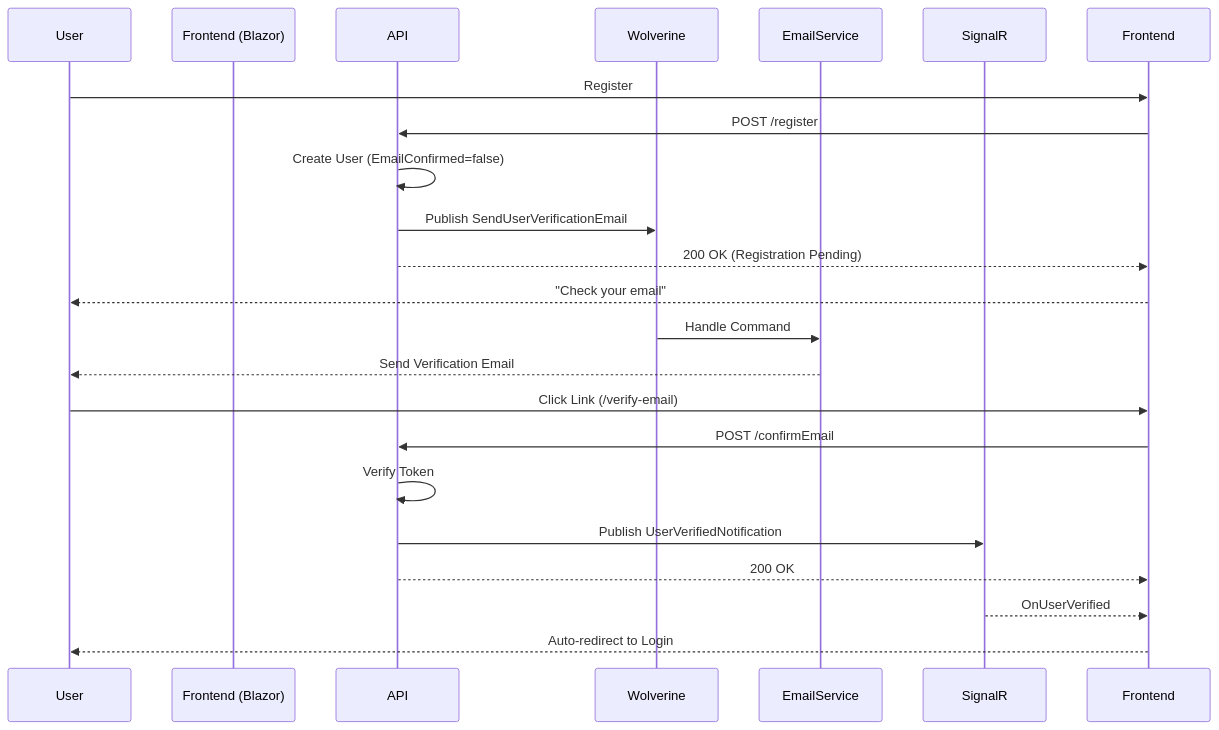
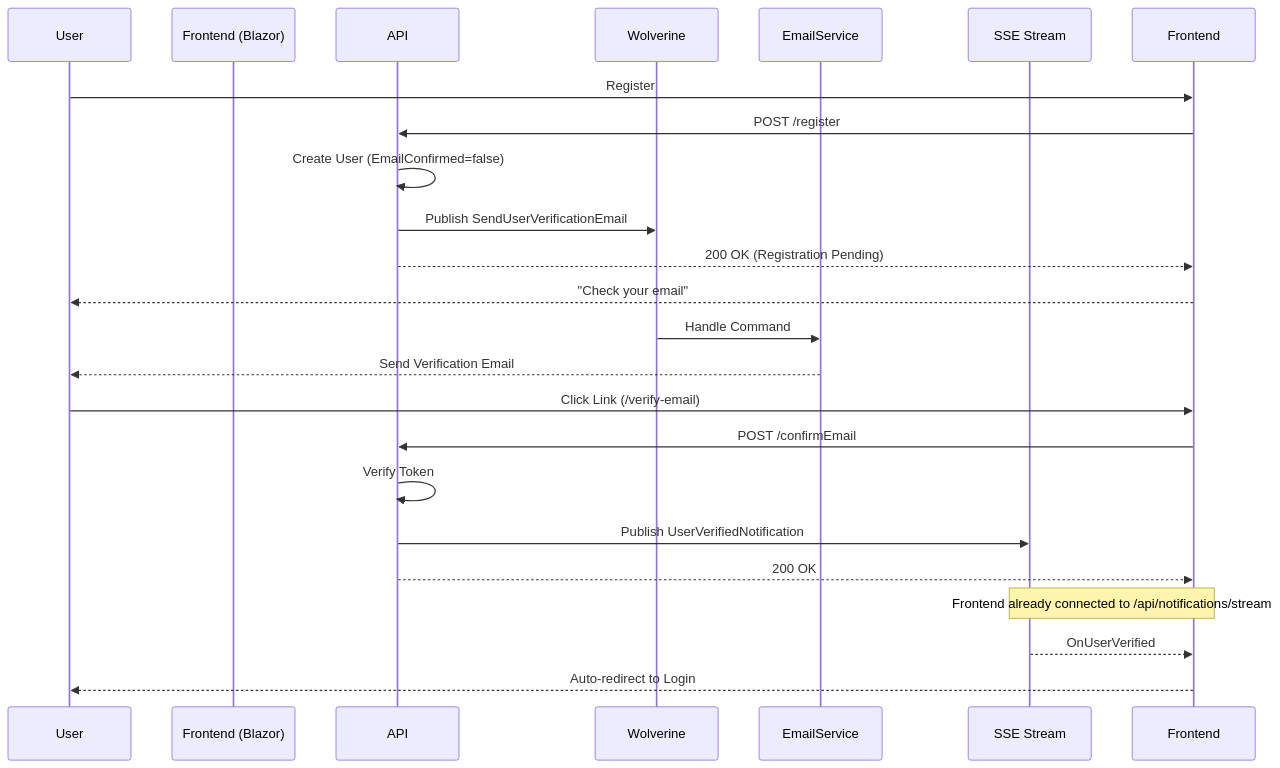
Before and after one commit to aalmada/BookStore: the diagram in docs/email-validation.md, drawn with Mermaid. The commit also changed other lines of this file and 5 other files, not shown here.

````diff
--- a/docs/email-validation.md
+++ b/docs/email-validation.md
@@ -33,28 +33,29 @@
 ```mermaid
 sequenceDiagram
     participant User
     participant Frontend (Blazor)
     participant API
     participant Wolverine
     participant EmailService
-    participant SignalR
+    participant SSE as SSE Stream
 
     User->>Frontend: Register
     Frontend->>API: POST /register
     API->>API: Create User (EmailConfirmed=false)
     API->>Wolverine: Publish SendUserVerificationEmail
     API-->>Frontend: 200 OK (Registration Pending)
     Frontend-->>User: "Check your email"
     
     Wolverine->>EmailService: Handle Command
     EmailService-->>User: Send Verification Email
     
     User->>Frontend: Click Link (/verify-email)
     Frontend->>API: POST /confirmEmail
     API->>API: Verify Token
-    API->>SignalR: Publish UserVerifiedNotification
+    API->>SSE: Publish UserVerifiedNotification
     API-->>Frontend: 200 OK
     
-    SignalR-->>Frontend: OnUserVerified
+    Note over Frontend,SSE: Frontend already connected to /api/notifications/stream
+    SSE-->>Frontend: OnUserVerified
     Frontend-->>User: Auto-redirect to Login
 ```
````
